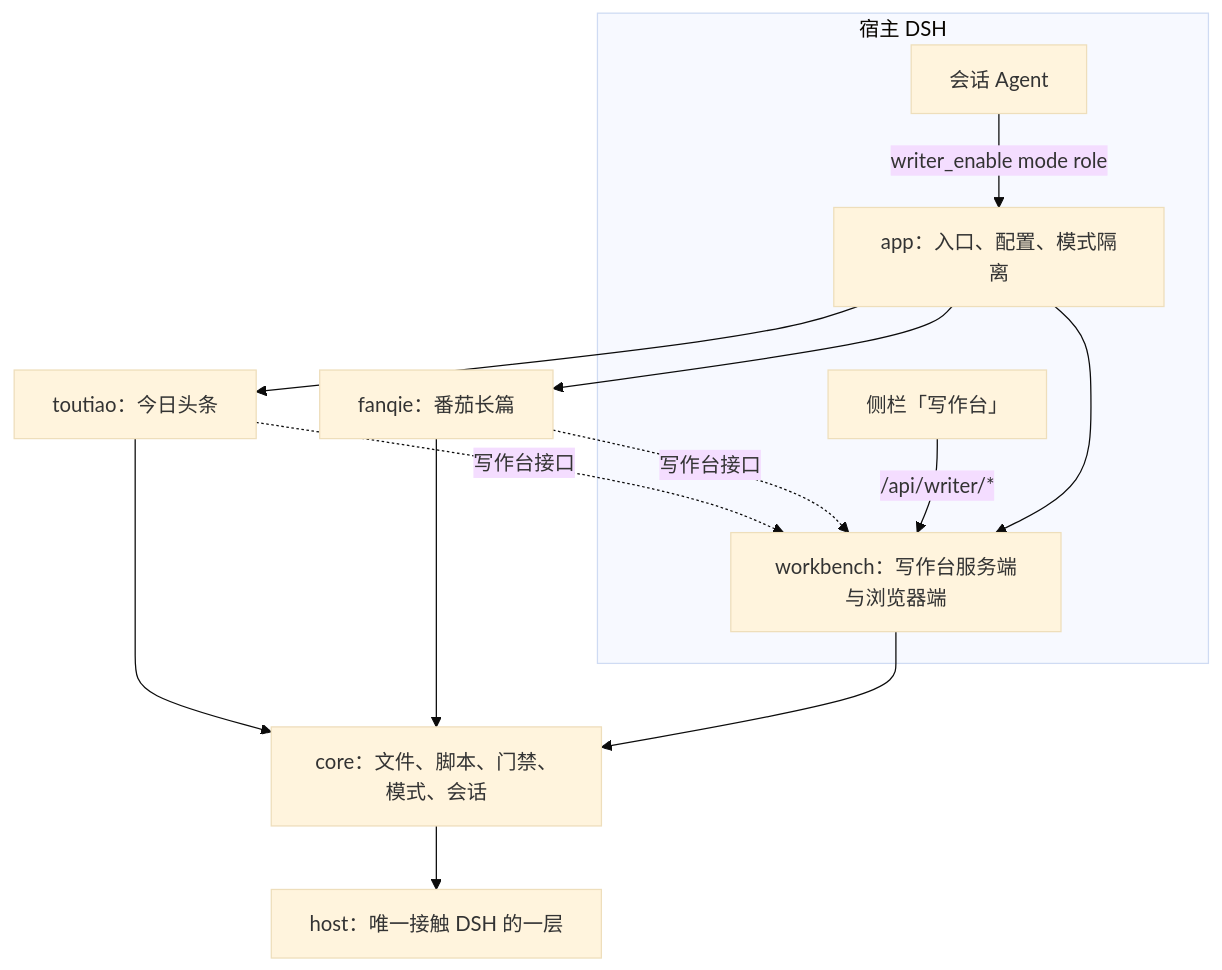
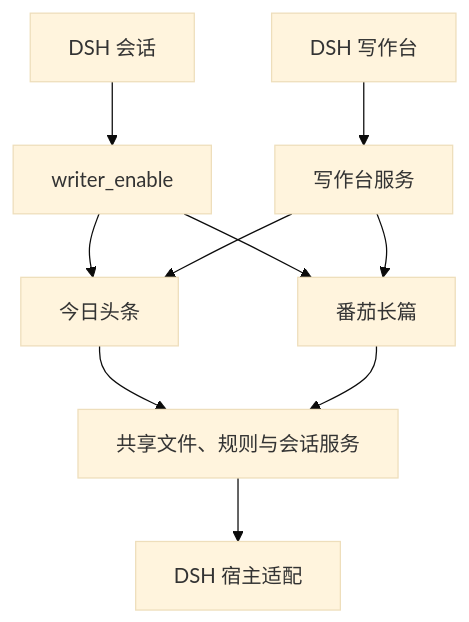
The diagram in docs/ARCHITECTURE.md (ouzx6696-cmyk/dsh-zhizhang), drawn with Mermaid (base theme) before and after one commit. The commit also changed other lines of this file and 24 other files, not shown here.

Commit message:
chore: prepare dsh-writer 0.7.0 release

````diff
--- a/docs/ARCHITECTURE.md
+++ b/docs/ARCHITECTURE.md
@@ -5,16 +5,12 @@
 ```mermaid
 flowchart TD
-    subgraph 宿主 DSH
-      Agent[会话 Agent] -->|writer_enable mode role| App
-      Side[侧栏「写作台」] -->|/api/writer/*| WB
-    end
-    App[app：入口、配置、模式隔离] --> TT[toutiao：今日头条]
-    App --> FQ[fanqie：番茄长篇]
-    App --> WB[workbench：写作台服务端与浏览器端]
-    TT --> Core
-    FQ --> Core
-    WB --> Core[core：文件、脚本、门禁、模式、会话]
-    Core --> Host[host：唯一接触 DSH 的一层]
-    TT -. 写作台接口 .-> WB
-    FQ -. 写作台接口 .-> WB
+    Session[DSH 会话] --> App[writer_enable]
+    App --> TT[今日头条]
+    App --> Novel[番茄长篇]
+    Panel[DSH 写作台] --> WB[写作台服务]
+    WB --> TT
+    WB --> Novel
+    TT --> Core[共享文件、规则与会话服务]
+    Novel --> Core
+    Core --> Host[DSH 宿主适配]
 ```
````
